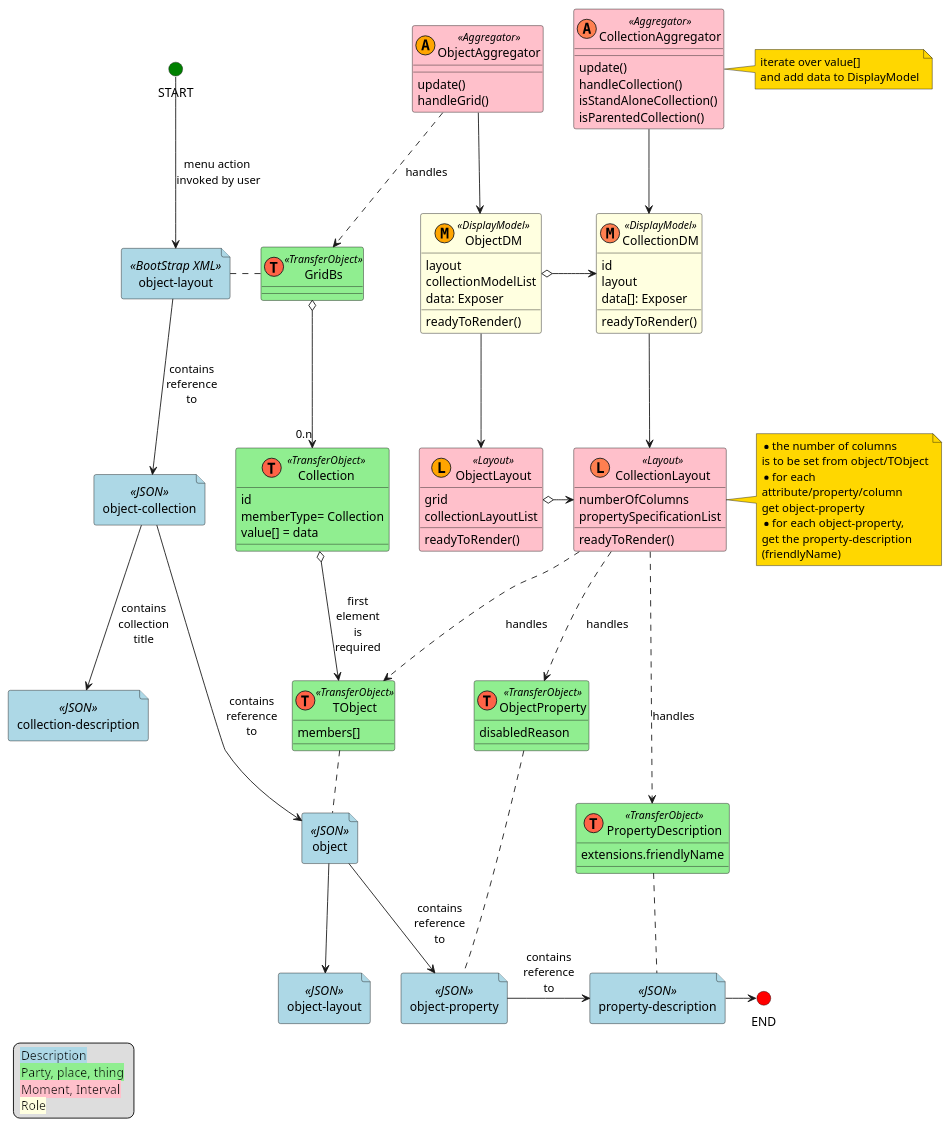
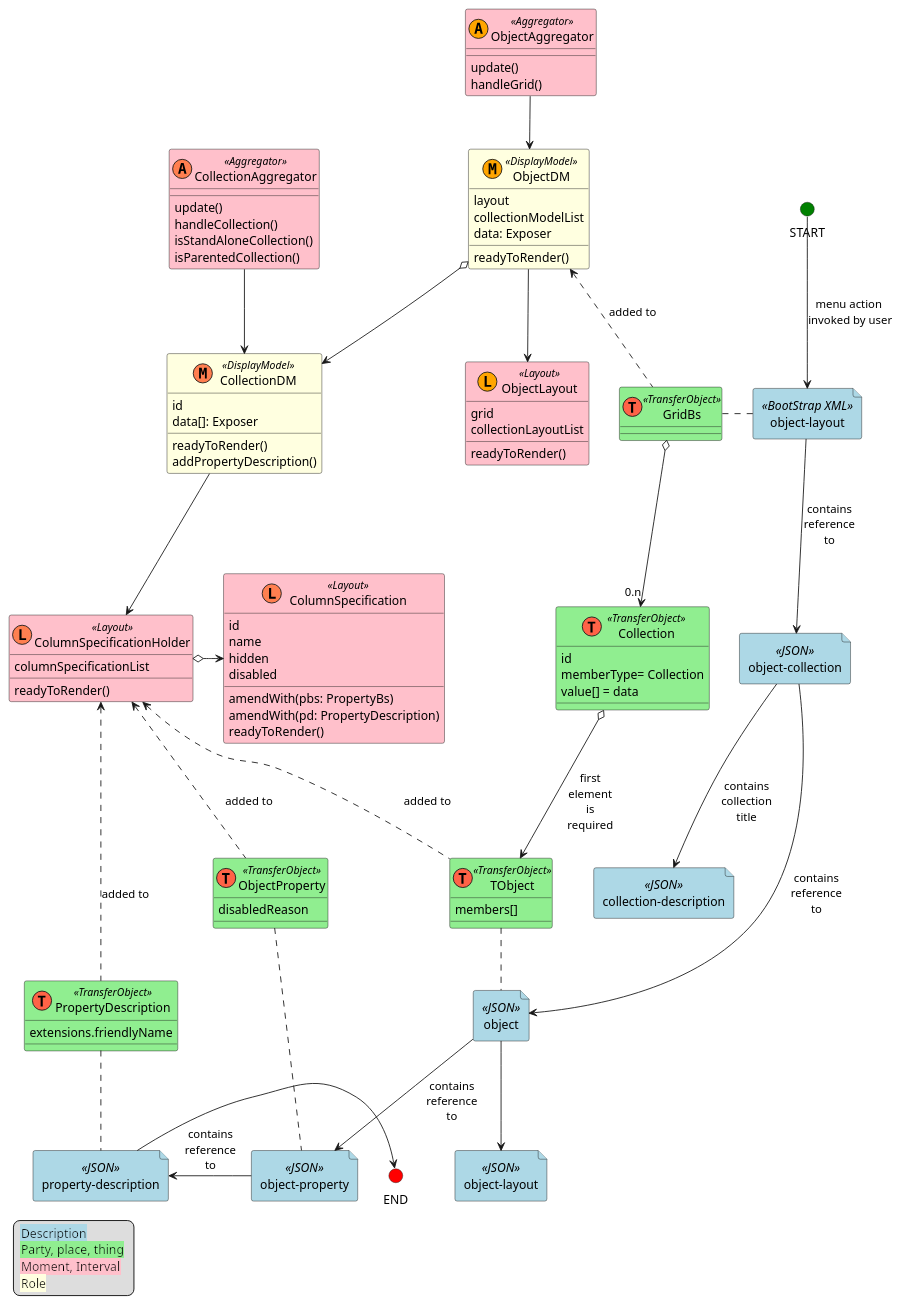
One commit to apache/causeway changed the diagram in incubator/clients/kroviz/adoc/modules/kroviz/partials/design/collection_layout_aggregation_diagram.adoc. Above: the diagram before and after it, drawn with PlantUML. The commit also changed 5 other files, not shown here.

```diff
--- a/incubator/clients/kroviz/adoc/modules/kroviz/partials/design/collection_layout_aggregation_diagram.adoc
+++ b/incubator/clients/kroviz/adoc/modules/kroviz/partials/design/collection_layout_aggregation_diagram.adoc
@@ -78,7 +78,7 @@
     ObjectAggregator --> ObjectDM
     ObjectDM --> ObjectLayout
 }
-ObjectAggregator ..> GridBs : handles
+ObjectDM <.. GridBs : added to
 
 'collection
 together {
@@ -90,41 +90,34 @@
     }
     class CollectionDM <<(M,coral)DisplayModel>> #lightyellow {
         id
-        layout
         data[]: Exposer
         readyToRender()
+        addPropertyDescription()
     }
-    class CollectionLayout <<(L,coral)Layout>> #pink{
-        numberOfColumns
-        propertySpecificationList
+    class ColumnSpecificationHolder <<(L,coral)Layout>> #pink{
+        columnSpecificationList
+        readyToRender()
+    }
+    class ColumnSpecification <<(L,coral)Layout>> #pink{
+        id
+        name
+        hidden
+        disabled
+        amendWith(pbs: PropertyBs)
+        amendWith(pd: PropertyDescription)
         readyToRender()
     }
     CollectionAggregator --> CollectionDM
-    CollectionDM --> CollectionLayout
+    CollectionDM --> ColumnSpecificationHolder
+    ColumnSpecificationHolder o-r-> ColumnSpecification
 }
 ObjectDM o-r-> CollectionDM
-ObjectLayout o-> CollectionLayout
 
 ' references between Layout and TO classes
-CollectionLayout ..> TObject : handles
-CollectionLayout ..> ObjectProperty : handles
-CollectionLayout ..> PropertyDescription : handles
+ColumnSpecificationHolder <.. TObject : added to
+ColumnSpecificationHolder <.. ObjectProperty : added to
+ColumnSpecificationHolder <.. PropertyDescription : added to
 
-note left of CollectionLayout #gold
-* the number of columns
-is to be set from object/TObject
-* for each
-attribute/property/column
-get object-property
-*for each object-property,
-get the property-description
-(friendlyName)
-end note
-
-note right of CollectionAggregator #gold
-iterate over value[]
-and add data to DisplayModel
-end note
 
 legend left
     <back:#lightblue> Description           </back>
```
